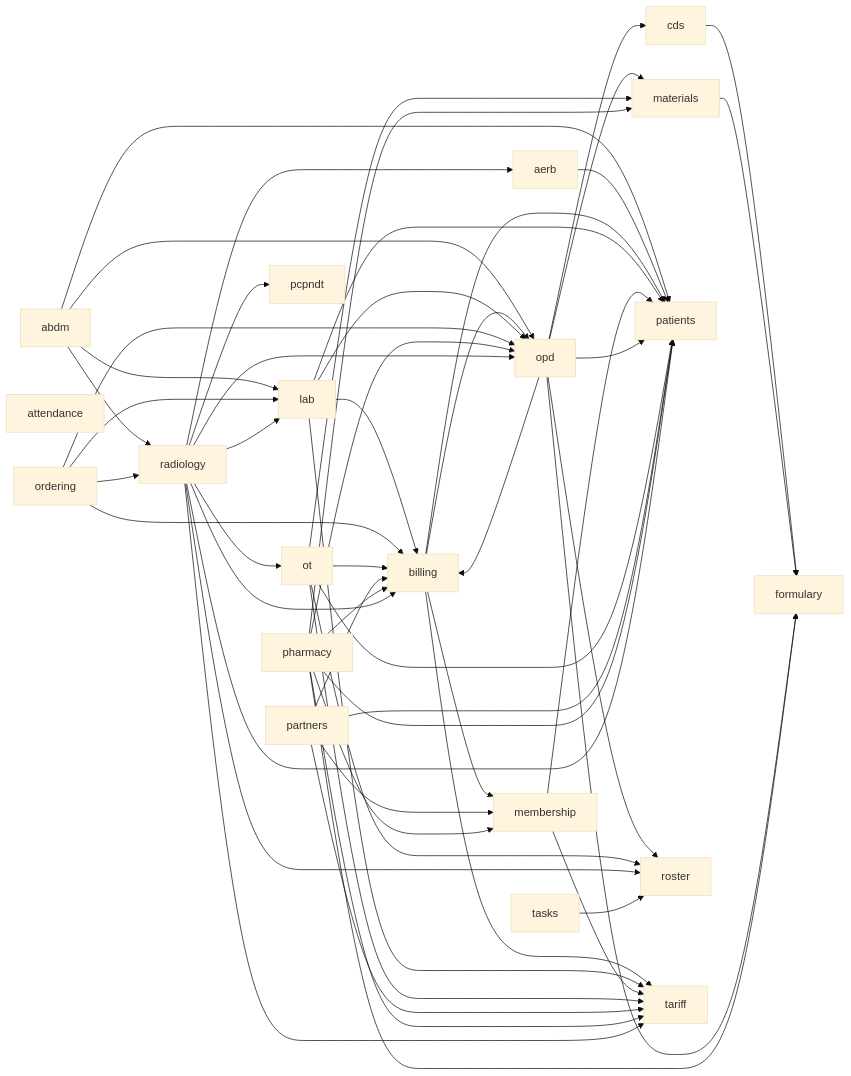
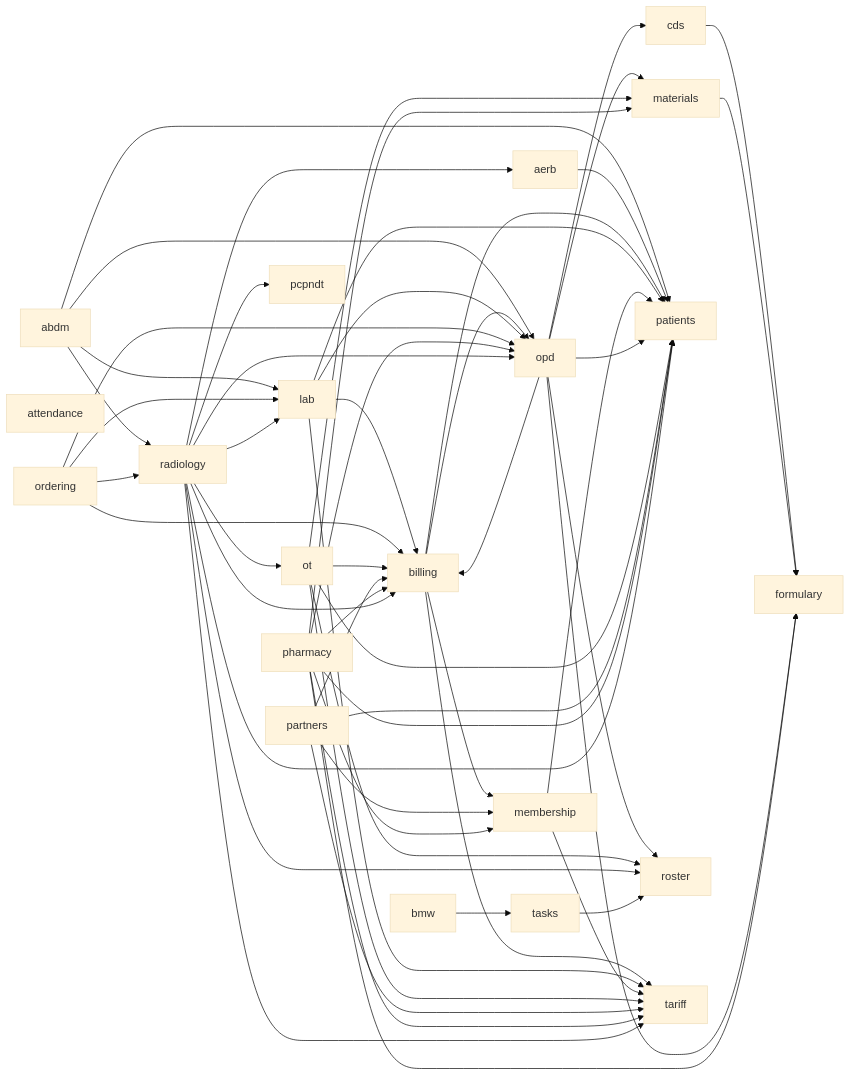
The second of 2 diagrams in docs/architecture/README.md (ankits3a/hims-hmis), drawn with Mermaid (base theme) before and after one commit. The commit also changed other lines of this file and 17 other files, not shown here.

First line of the commit message:
feat(bmw): migration, collection-task closure, module notes and regenerated architecture map (E1.7)

````diff
--- a/docs/architecture/README.md
+++ b/docs/architecture/README.md
@@ -31,76 +31,78 @@
 ```mermaid
 flowchart LR
   abdm[abdm]
   aerb[aerb]
   attendance[attendance]
   billing[billing]
+  bmw[bmw]
   cds[cds]
   formulary[formulary]
   lab[lab]
   materials[materials]
   membership[membership]
   opd[opd]
   ordering[ordering]
   ot[ot]
   partners[partners]
   patients[patients]
   pcpndt[pcpndt]
   pharmacy[pharmacy]
   radiology[radiology]
   roster[roster]
   tariff[tariff]
   tasks[tasks]
   abdm --> lab
   abdm --> opd
   abdm --> patients
   abdm --> radiology
   aerb --> patients
   billing --> membership
   billing --> opd
   billing --> patients
   billing --> tariff
+  bmw --> tasks
   cds --> formulary
   lab --> billing
   lab --> opd
   lab --> patients
   lab --> tariff
   materials --> formulary
   membership --> patients
   membership --> tariff
   opd --> billing
   opd --> cds
   opd --> formulary
   opd --> materials
   opd --> patients
   opd --> roster
   ordering --> billing
   ordering --> lab
   ordering --> opd
   ordering --> radiology
   ot --> billing
   ot --> materials
   ot --> patients
   ot --> roster
   ot --> tariff
   partners --> billing
   partners --> membership
   partners --> patients
   partners --> tariff
   pharmacy --> billing
   pharmacy --> formulary
   pharmacy --> materials
   pharmacy --> membership
   pharmacy --> opd
   pharmacy --> patients
   pharmacy --> tariff
   radiology --> aerb
   radiology --> billing
   radiology --> lab
   radiology --> opd
   radiology --> ot
   radiology --> patients
   radiology --> pcpndt
   radiology --> roster
   radiology --> tariff
   tasks --> roster
 ```
````
